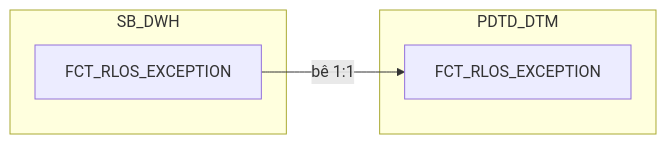
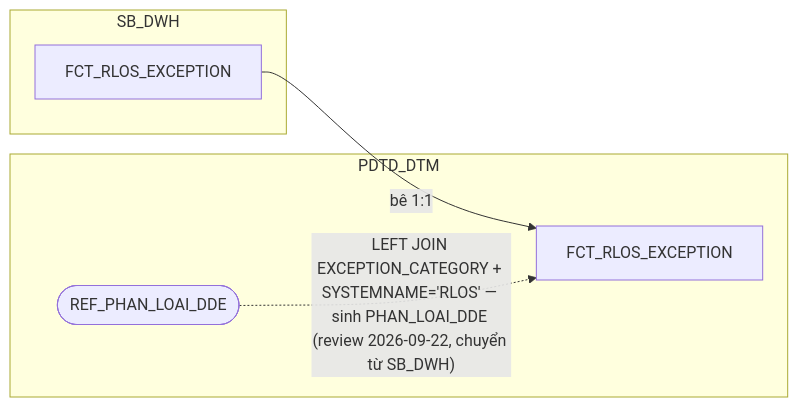
Before and after one commit to chien1198/sb-mapping-gen: diagram 14 of 17 in hld/HLD_FCT_PDTD_DTM.md, drawn with Mermaid. The commit also changed other lines of this file and 113 other files, not shown here.

````diff
--- a/hld/HLD_FCT_PDTD_DTM.md
+++ b/hld/HLD_FCT_PDTD_DTM.md
@@ -604,10 +641,12 @@
 ```mermaid
 flowchart LR
     subgraph SB_DWH
         C["FCT_RLOS_EXCEPTION"]
     end
     subgraph PDTD_DTM
+        REF(["REF_PHAN_LOAI_DDE"])
         D["FCT_RLOS_EXCEPTION"]
     end
     C -->|bê 1:1| D
+    REF -.->|"LEFT JOIN EXCEPTION_CATEGORY + SYSTEMNAME='RLOS' — sinh PHAN_LOAI_DDE (review 2026-09-22, chuyển từ SB_DWH)"| D
 ```
````
